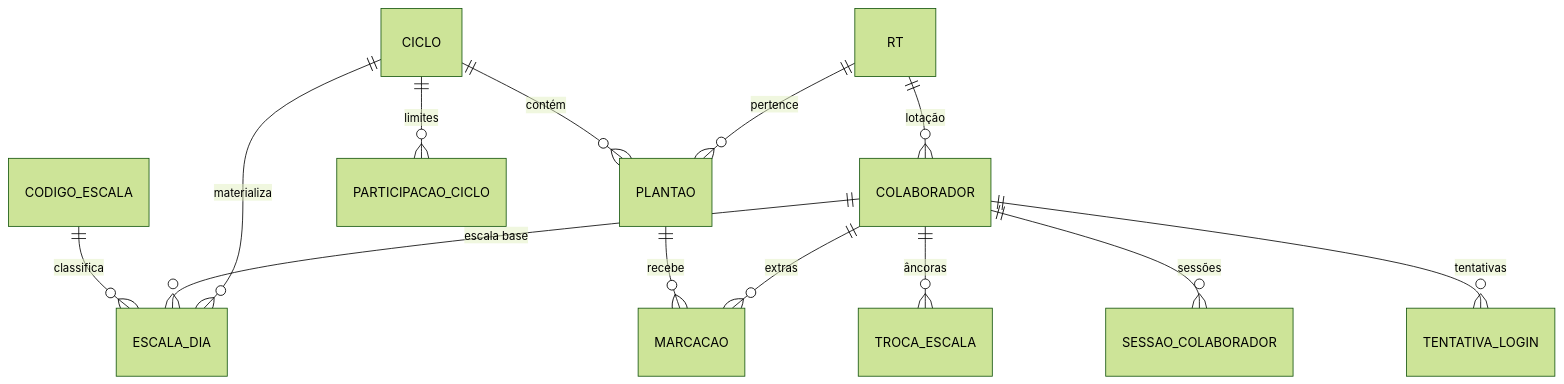
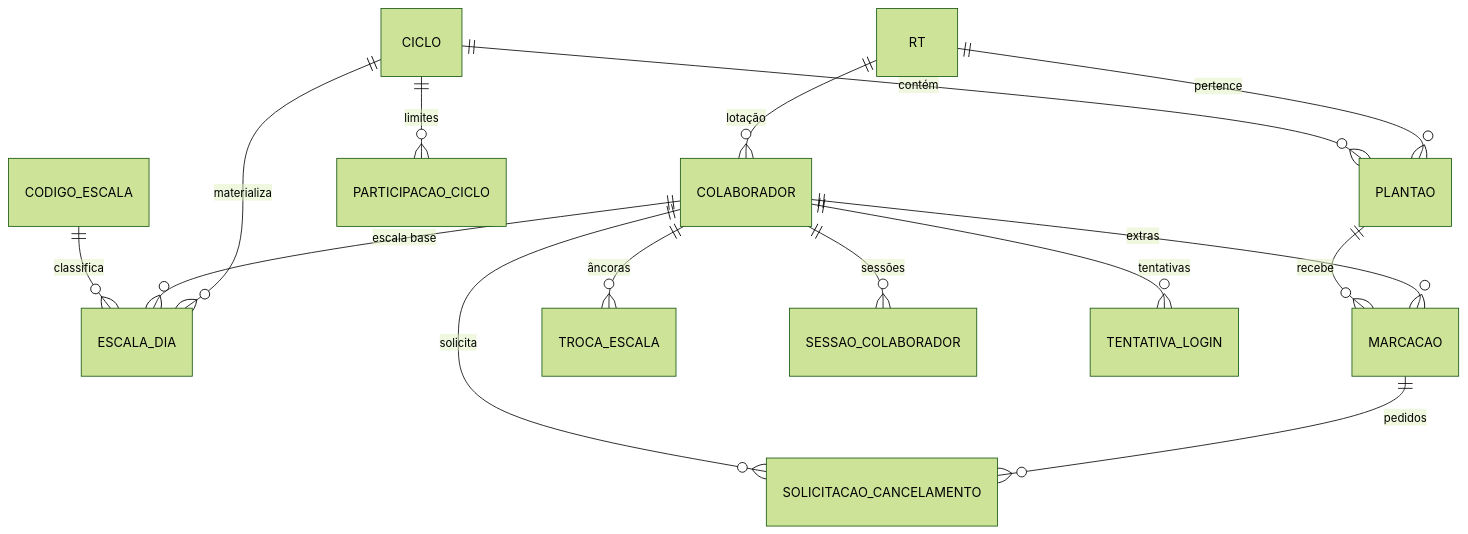
The diagram in specs/03-banco/modelo-dados.md (WamanaDev/extras), drawn with Mermaid (forest theme) before and after one commit. The commit also changed other lines of this file and 42 other files, not shown here.

````diff
--- a/specs/03-banco/modelo-dados.md
+++ b/specs/03-banco/modelo-dados.md
@@ -9,15 +9,17 @@
 ```mermaid
 erDiagram
     RT ||--o{ COLABORADOR : "lotação"
     RT ||--o{ PLANTAO : "pertence"
     CICLO ||--o{ PLANTAO : "contém"
     CICLO ||--o{ ESCALA_DIA : "materializa"
     CICLO ||--o{ PARTICIPACAO_CICLO : "limites"
     COLABORADOR ||--o{ ESCALA_DIA : "escala base"
     COLABORADOR ||--o{ MARCACAO : "extras"
     COLABORADOR ||--o{ TROCA_ESCALA : "âncoras"
     COLABORADOR ||--o{ SESSAO_COLABORADOR : "sessões"
     COLABORADOR ||--o{ TENTATIVA_LOGIN : "tentativas"
     PLANTAO ||--o{ MARCACAO : "recebe"
     CODIGO_ESCALA ||--o{ ESCALA_DIA : "classifica"
+    MARCACAO ||--o{ SOLICITACAO_CANCELAMENTO : "pedidos"
+    COLABORADOR ||--o{ SOLICITACAO_CANCELAMENTO : "solicita"
 ```
````
